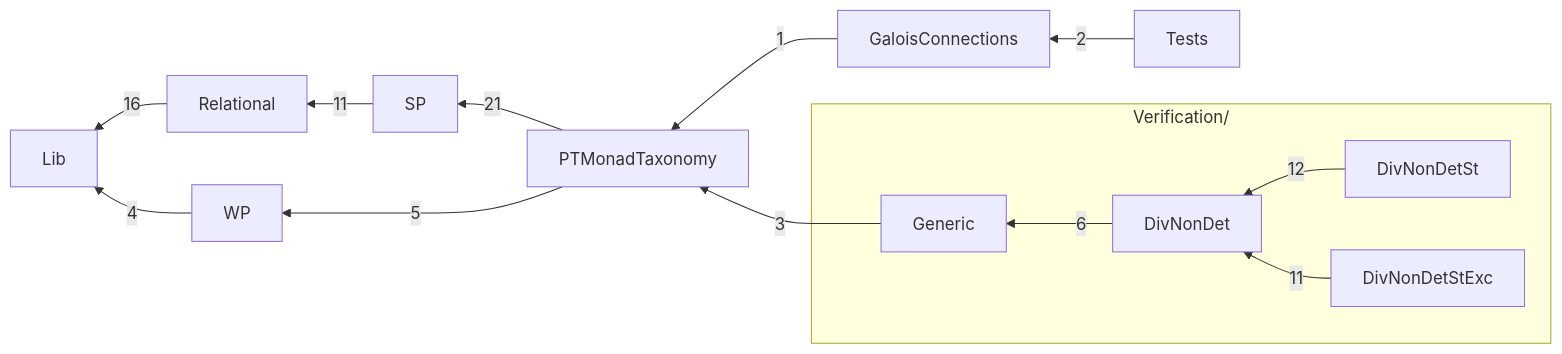
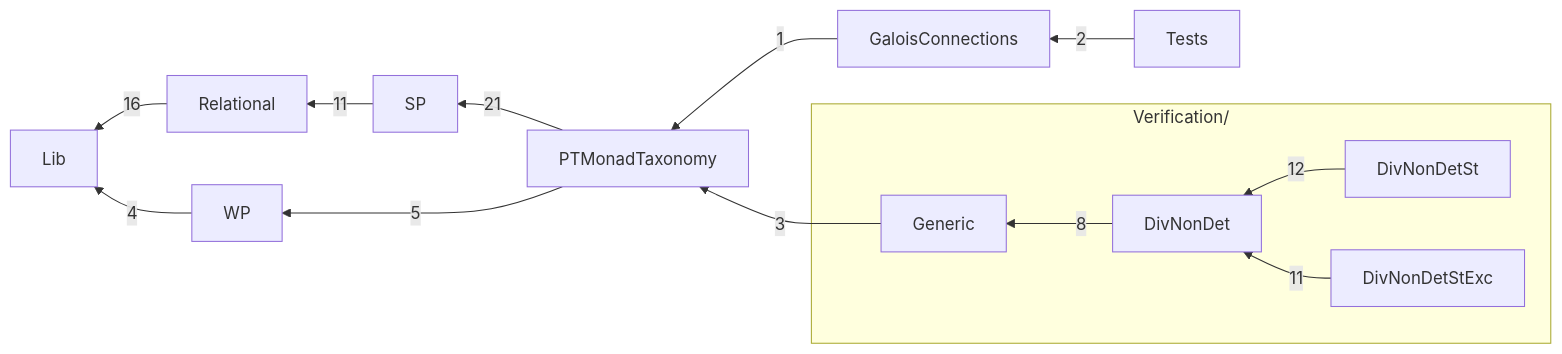
Before and after one commit to lastland/SpecMonad: the diagram in Code/README.md, drawn with Mermaid. The commit also changed other lines of this file and 15 other files, not shown here.

````diff
--- a/Code/README.md
+++ b/Code/README.md
@@ -45,20 +45,20 @@
 ```mermaid
 flowchart RL
   subgraph Verification[Verification/]
     Verification_DivNonDet[DivNonDet]
     Verification_DivNonDetSt[DivNonDetSt]
     Verification_DivNonDetStExc[DivNonDetStExc]
     Verification_Generic[Generic]
   end
   GaloisConnections[GaloisConnections] -->|1| PTMonadTaxonomy[PTMonadTaxonomy]
   PTMonadTaxonomy[PTMonadTaxonomy] -->|21| SP[SP]
   PTMonadTaxonomy[PTMonadTaxonomy] -->|5| WP[WP]
   Relational[Relational] -->|16| Lib[Lib]
   SP[SP] -->|11| Relational[Relational]
   Tests[Tests] -->|2| GaloisConnections[GaloisConnections]
-  Verification_DivNonDet -->|6| Verification_Generic
+  Verification_DivNonDet -->|8| Verification_Generic
   Verification_DivNonDetSt -->|12| Verification_DivNonDet
   Verification_DivNonDetStExc -->|11| Verification_DivNonDet
   Verification_Generic -->|3| PTMonadTaxonomy[PTMonadTaxonomy]
   WP[WP] -->|4| Lib[Lib]
 ```
````
